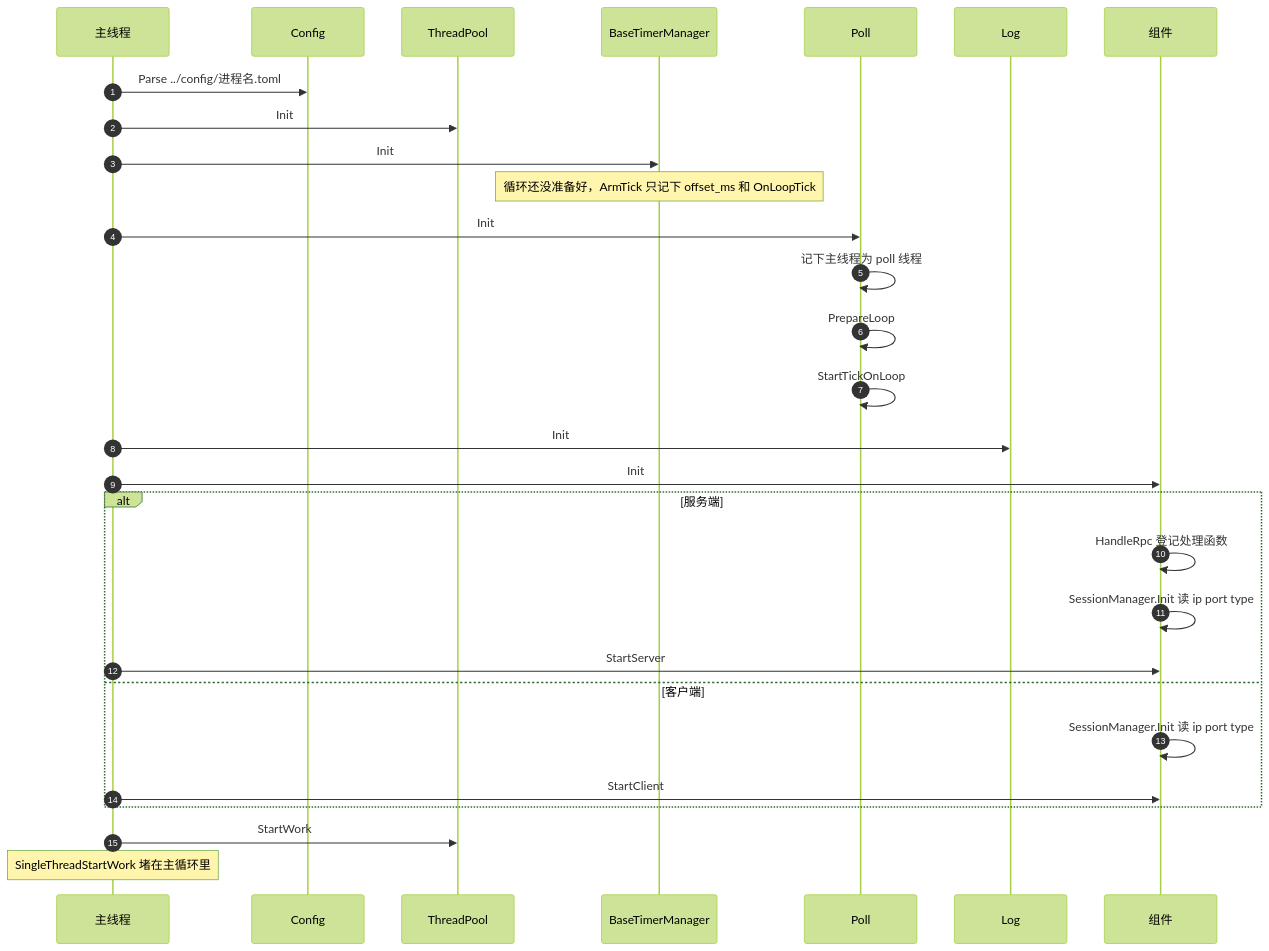
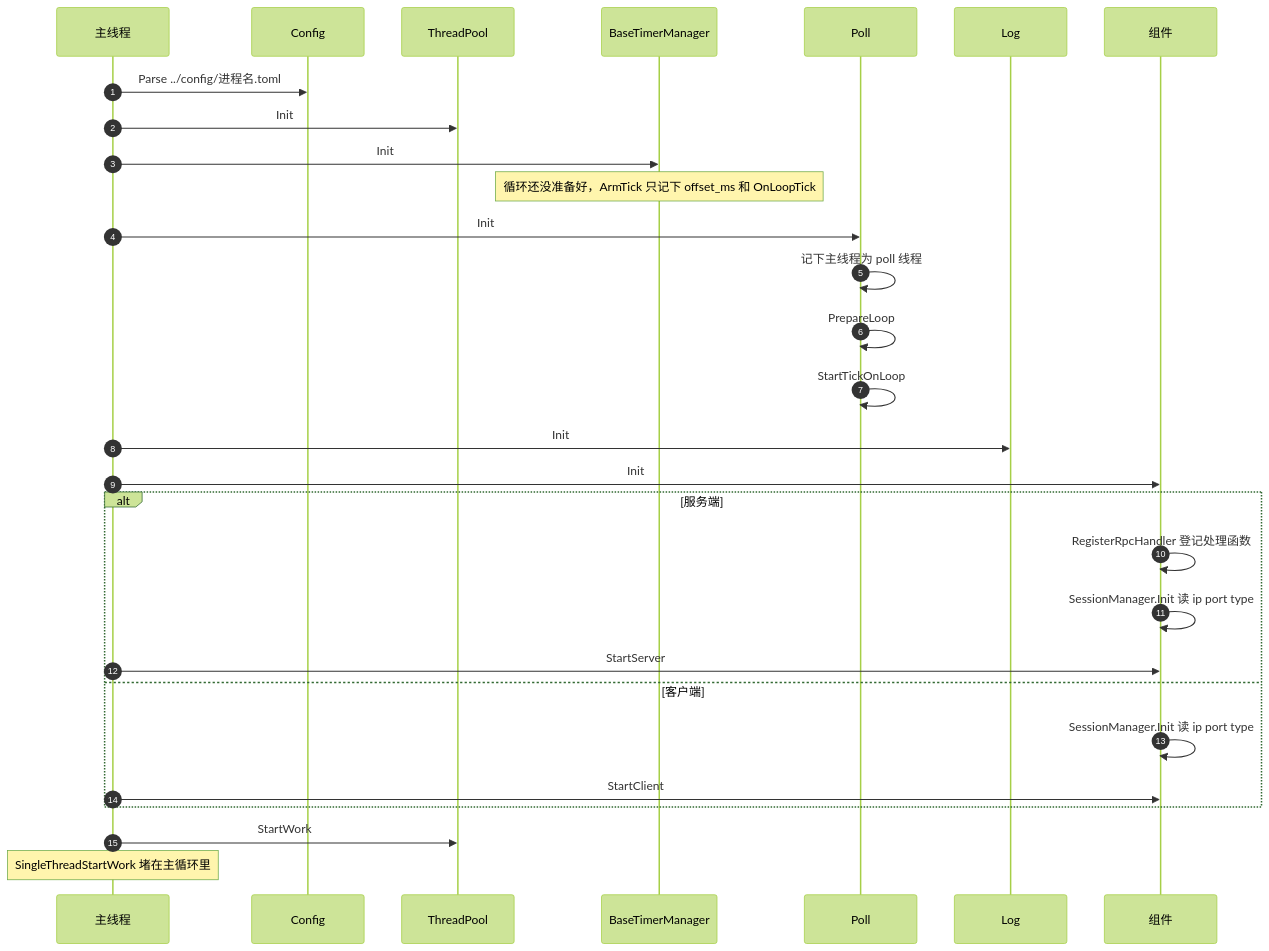
One commit to orikiaru/openidea changed the diagram in docs/sequence-diagram/single-thread/startup.md. Above: the diagram before and after it, drawn with Mermaid (forest theme). The commit also changed 38 other files, not shown here.

First line of the commit message:
注册表回包改用 bStatic 字段（新字段号 2），旧 registry 不带时默认照常登记；源状态改原子发布，静态模式也记发布状态。HandleRpc/HandleNotify 改名 RegisterRpcHandler/RegisterNotifyHandler，重复登记抛异常，模块 main 统一接住启动期异常退出。

````diff
--- a/docs/sequence-diagram/single-thread/startup.md
+++ b/docs/sequence-diagram/single-thread/startup.md
@@ -5,32 +5,32 @@
 ```mermaid
 sequenceDiagram
     autonumber
     participant Main as 主线程
     participant Cfg as Config
     participant Pool as ThreadPool
     participant Timer as BaseTimerManager
     participant Poll as Poll
     participant Log as Log
     participant App as 组件
 
     Main->>Cfg: Parse ../config/进程名.toml
     Main->>Pool: Init
     Main->>Timer: Init
     Note over Timer: 循环还没准备好，ArmTick 只记下 offset_ms 和 OnLoopTick
     Main->>Poll: Init
     Poll->>Poll: 记下主线程为 poll 线程
     Poll->>Poll: PrepareLoop
     Poll->>Poll: StartTickOnLoop
     Main->>Log: Init
     Main->>App: Init
     alt 服务端
-        App->>App: HandleRpc 登记处理函数
+        App->>App: RegisterRpcHandler 登记处理函数
         App->>App: SessionManager.Init 读 ip port type
         Main->>App: StartServer
     else 客户端
         App->>App: SessionManager.Init 读 ip port type
         Main->>App: StartClient
     end
     Main->>Pool: StartWork
     Note over Main: SingleThreadStartWork 堵在主循环里
 ```
````
